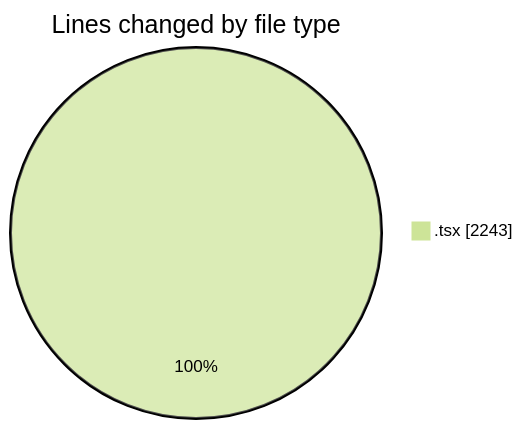
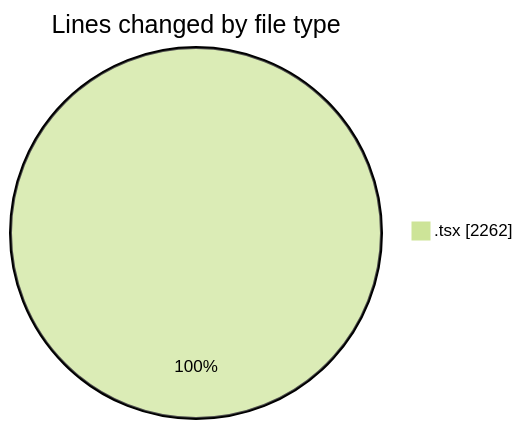
Before and after one commit to nxtqubesakshisongat/code-tracking: the first of 2 diagrams in 2026-02-10/nxtqube_webapp/README.md, drawn with Mermaid (forest theme). The commit also changed other lines of this file and 1 other file, not shown here.

````diff
--- a/2026-02-10/nxtqube_webapp/README.md
+++ b/2026-02-10/nxtqube_webapp/README.md
@@ -22,5 +23,5 @@
 ```mermaid
 pie showData
 title Lines changed by file type
-".tsx" : 2243
+".tsx" : 2262
 ```
````
